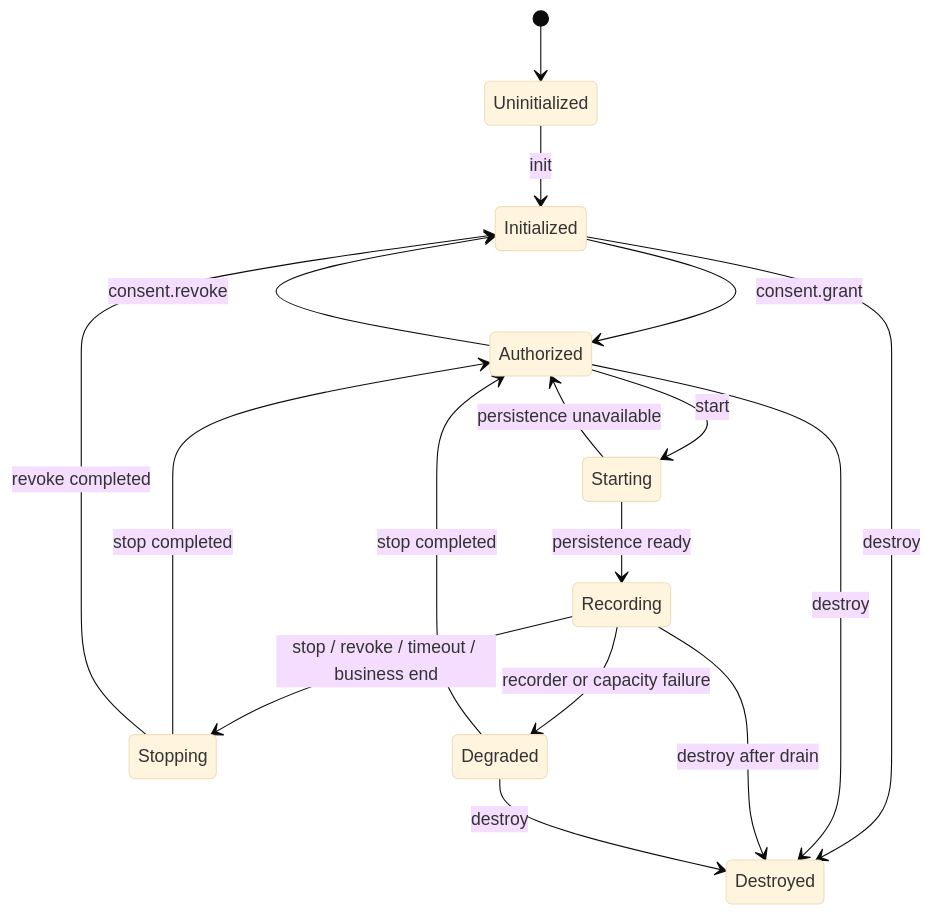
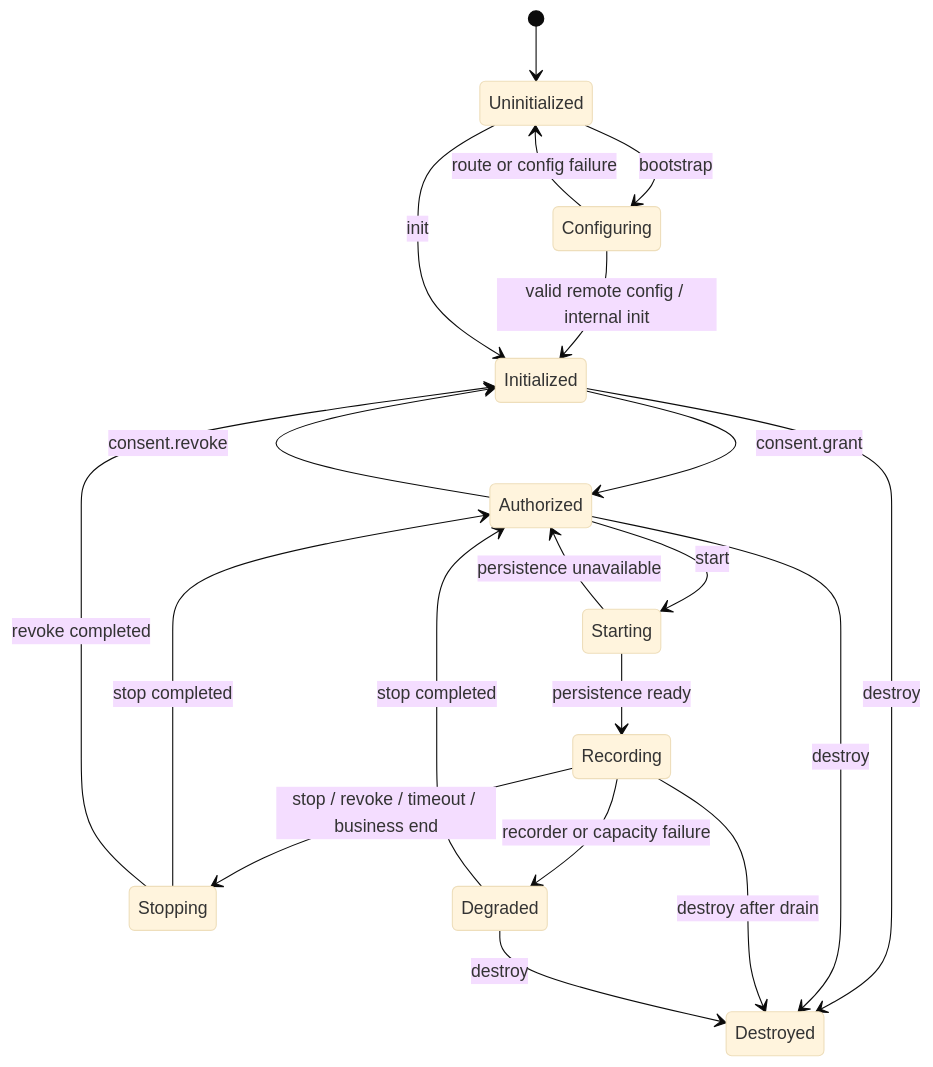
One commit to fastdonkey/rrweb changed the second of 3 diagrams in openspec/changes/di-1001/design.md. Above: the diagram before and after it, drawn with Mermaid (base theme). The commit also changed other lines of this file and 2 other files, not shown here.

````diff
--- a/openspec/changes/di-1001/design.md
+++ b/openspec/changes/di-1001/design.md
@@ -361,19 +416,22 @@
 ```mermaid
 stateDiagram-v2
     [*] --> Uninitialized
+    Uninitialized --> Configuring: bootstrap
+    Configuring --> Initialized: valid remote config / internal init
+    Configuring --> Uninitialized: route or config failure
     Uninitialized --> Initialized: init
     Initialized --> Authorized: consent.grant
     Authorized --> Starting: start
     Starting --> Recording: persistence ready
     Starting --> Authorized: persistence unavailable
     Recording --> Stopping: stop / revoke / timeout / business end
     Stopping --> Authorized: stop completed
     Stopping --> Initialized: revoke completed
     Recording --> Degraded: recorder or capacity failure
     Degraded --> Authorized: stop completed
     Authorized --> Initialized: consent.revoke
     Initialized --> Destroyed: destroy
     Authorized --> Destroyed: destroy
     Recording --> Destroyed: destroy after drain
     Degraded --> Destroyed: destroy
 ```
````
